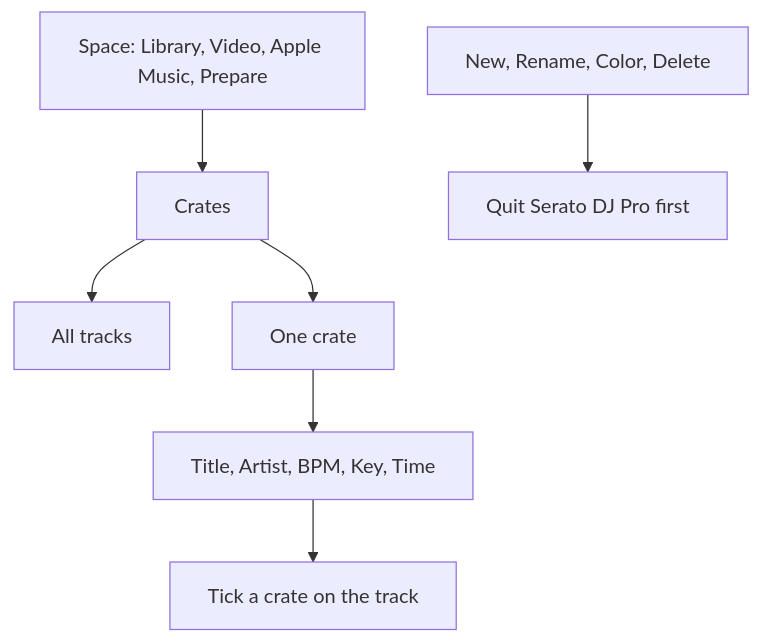
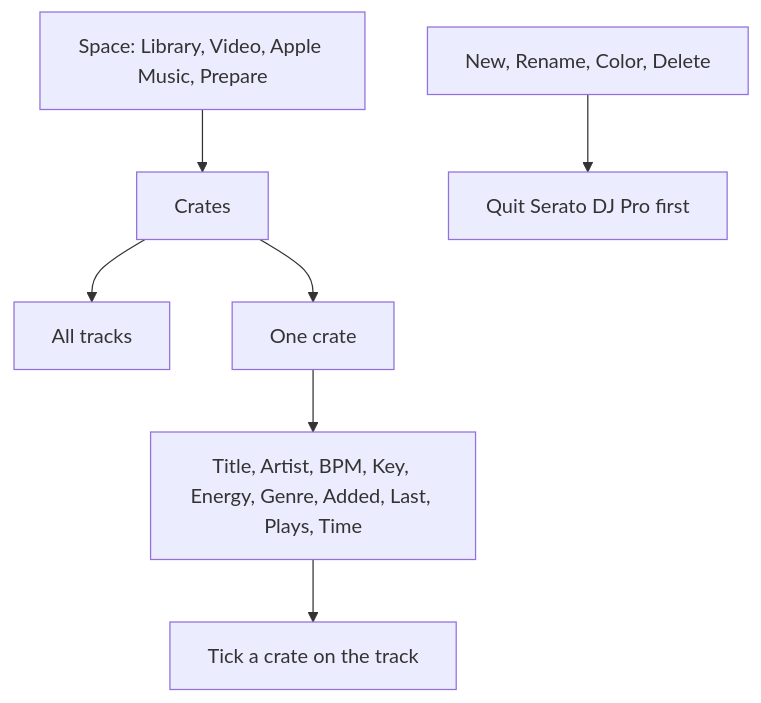
The diagram in docs/wiki/Crates.md (mookiejones/crateCraft), drawn with Mermaid before and after one commit. The commit also changed 23 other files, not shown here.

First line of the commit message:
feat(list): add energy, genre, dates, and filters

````diff
--- a/docs/wiki/Crates.md
+++ b/docs/wiki/Crates.md
@@ -8,9 +8,9 @@
 ```mermaid
 flowchart TD
   space["Space: Library, Video, Apple Music, Prepare"] --> crates["Crates"]
   crates --> all["All tracks"]
   crates --> one["One crate"]
-  one --> tracks["Title, Artist, BPM, Key, Time"]
+  one --> tracks["Title, Artist, BPM, Key, Energy, Genre, Added, Last, Plays, Time"]
   tracks --> tick["Tick a crate on the track"]
   tools["New, Rename, Color, Delete"] --> quit["Quit Serato DJ Pro first"]
 ```
````
